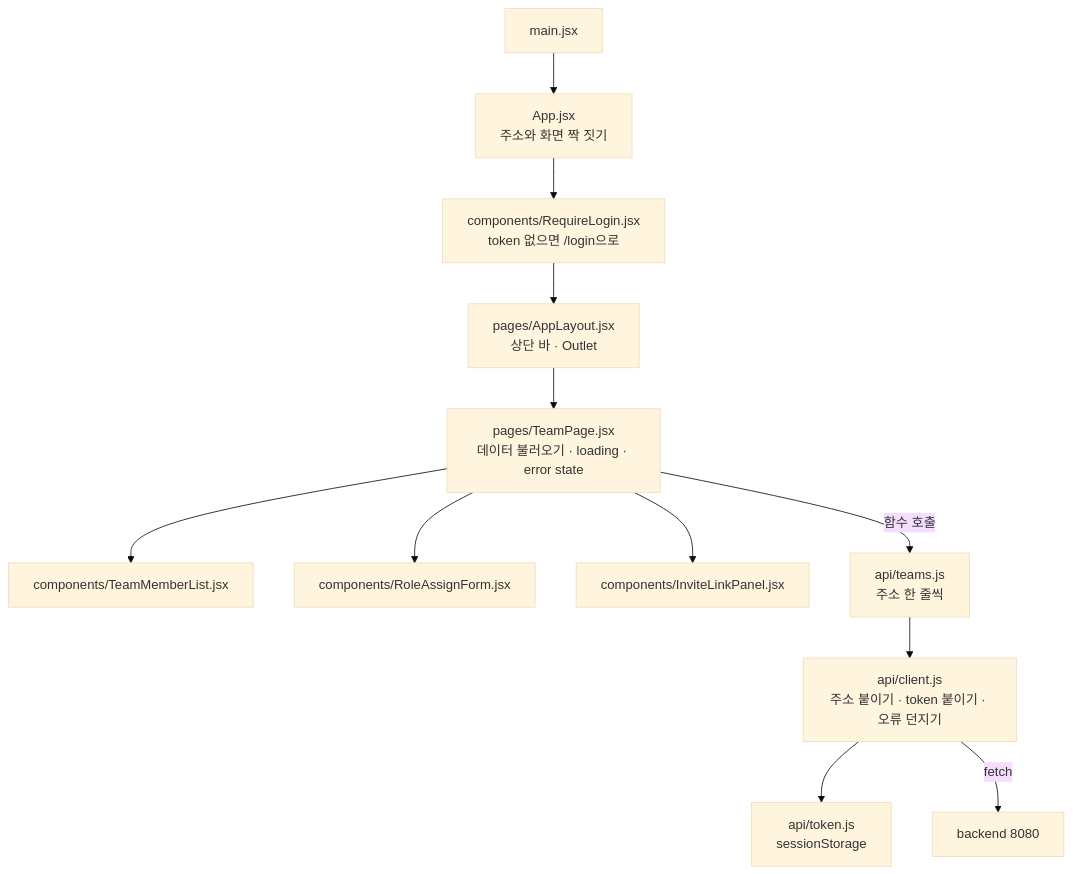
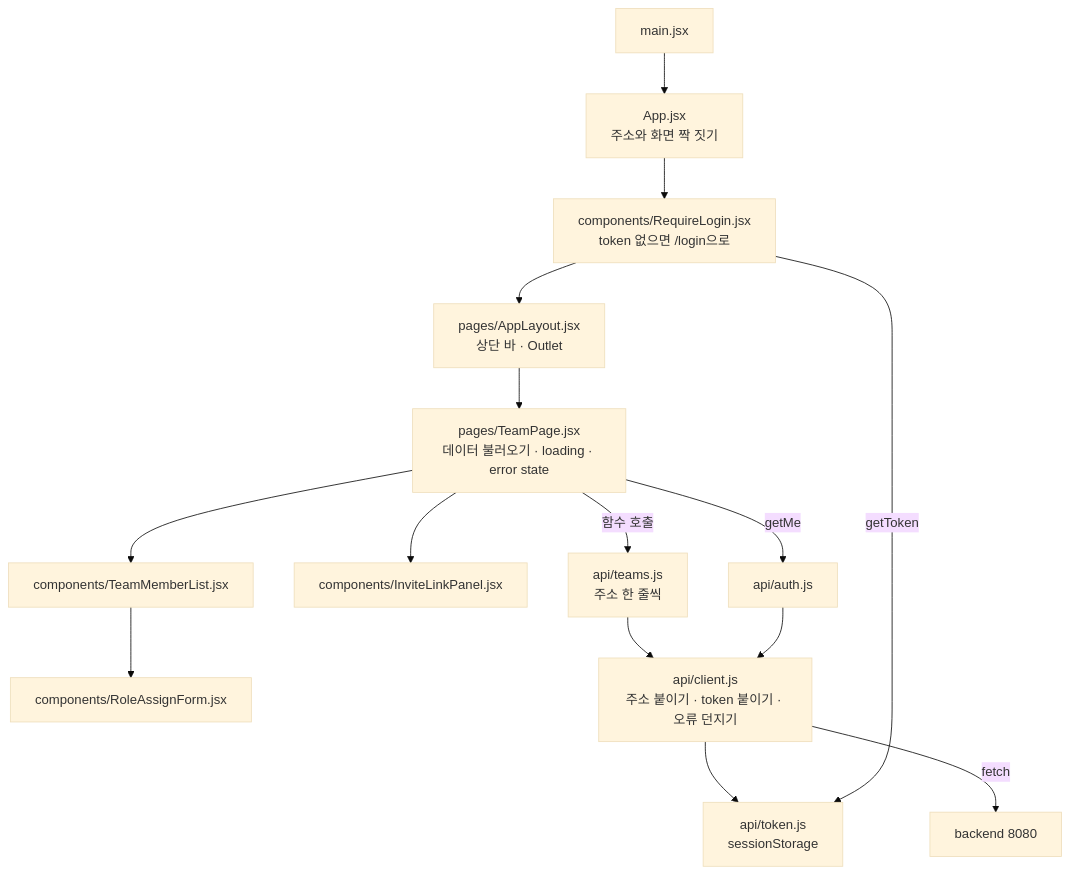
One commit to Pyrite9/footprint-demo changed the fourth of 6 diagrams in docs/architecture.md. Above: the diagram before and after it, drawn with Mermaid (base theme). The commit also changed other lines of this file and 11 other files, not shown here.

````diff
--- a/docs/architecture.md
+++ b/docs/architecture.md
@@ -102,16 +134,19 @@
 ```mermaid
 flowchart TB
     main["main.jsx"] --> app["App.jsx<br/>주소와 화면 짝 짓기"]
     app --> require["components/RequireLogin.jsx<br/>token 없으면 /login으로"]
     require --> layout["pages/AppLayout.jsx<br/>상단 바 · Outlet"]
     layout --> page["pages/TeamPage.jsx<br/>데이터 불러오기 · loading · error state"]
 
     page --> comp1["components/TeamMemberList.jsx"]
-    page --> comp2["components/RoleAssignForm.jsx"]
+    comp1 --> comp2["components/RoleAssignForm.jsx"]
     page --> comp3["components/InviteLinkPanel.jsx"]
 
     page -- "함수 호출" --> api["api/teams.js<br/>주소 한 줄씩"]
+    page -- "getMe" --> auth["api/auth.js"]
     api --> client["api/client.js<br/>주소 붙이기 · token 붙이기 · 오류 던지기"]
+    auth --> client
     client --> token["api/token.js<br/>sessionStorage"]
+    require -- "getToken" --> token
     client -- "fetch" --> server["backend 8080"]
 ```
````
